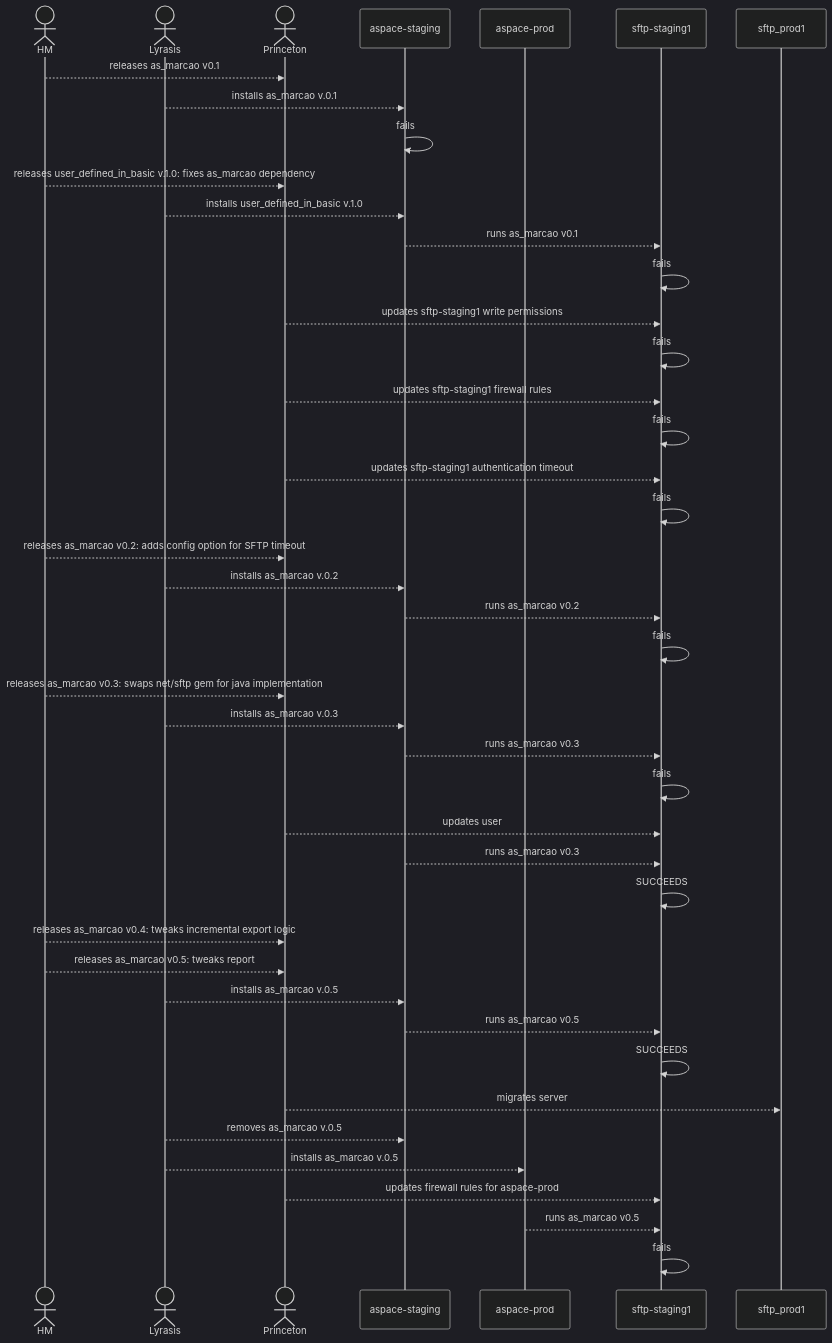
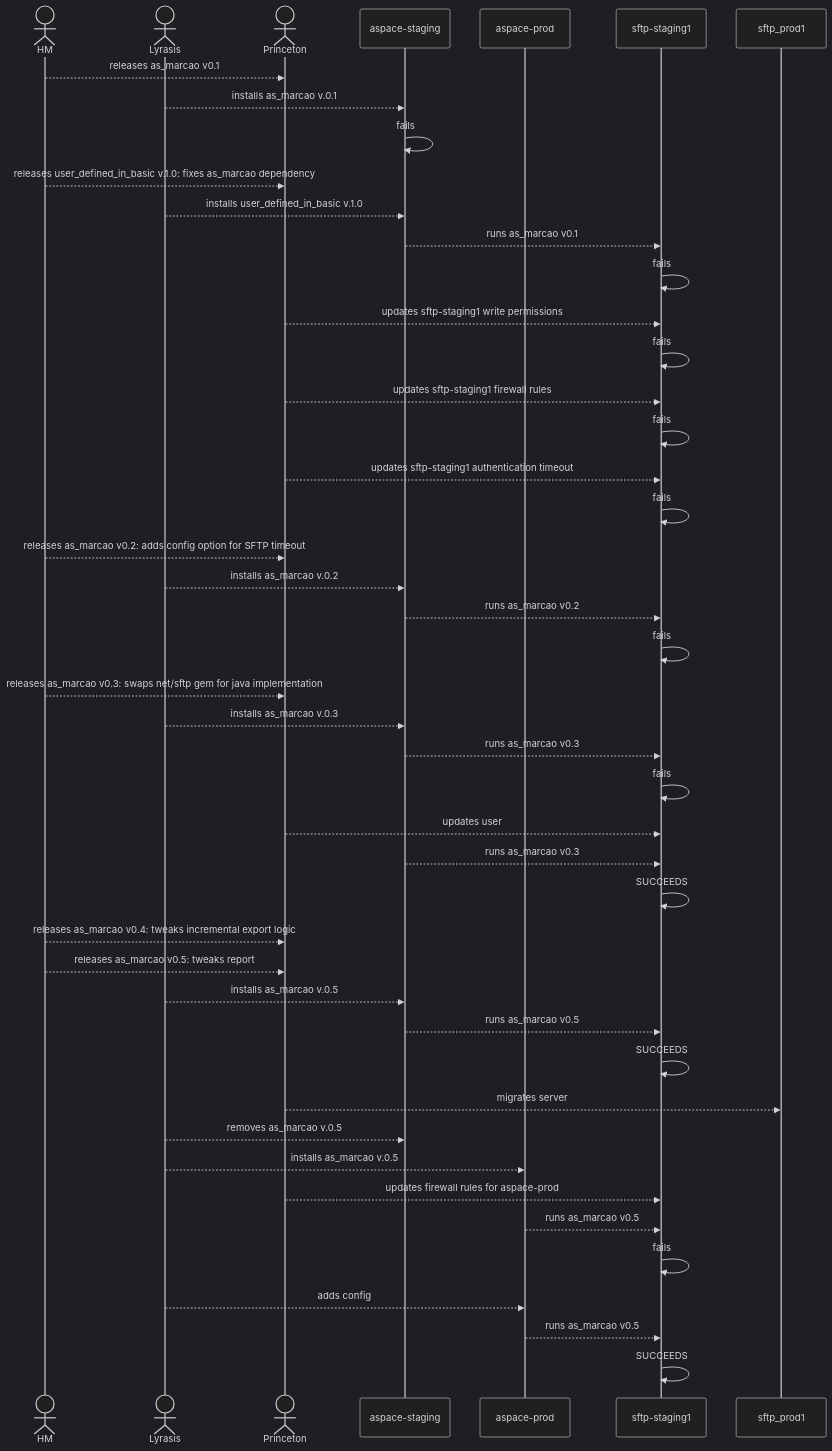
One commit to pulibrary/aspace_helpers changed the diagram in tools/as_marcao/test_as_marcao.mmd. Above: the diagram before and after it, drawn with Mermaid (dark theme).

Commit message:
Update test_as_marcao.mmd
add latest test

```diff
--- a/tools/as_marcao/test_as_marcao.mmd
+++ b/tools/as_marcao/test_as_marcao.mmd
@@ -1,44 +1,47 @@
 sequenceDiagram;
 actor HM
 actor Lyrasis
 actor Princeton
 participant aspace-staging 
 participant aspace-prod
 participant sftp-staging1
 participant sftp_prod1
 
 HM-->>Princeton:releases as_marcao v0.1
 Lyrasis-->>aspace-staging: installs as_marcao v.0.1
 aspace-staging->>aspace-staging:fails
 HM-->>Princeton: releases user_defined_in_basic v.1.0: fixes as_marcao dependency
 Lyrasis-->>aspace-staging: installs user_defined_in_basic v.1.0
 aspace-staging-->>sftp-staging1:runs as_marcao v0.1
 sftp-staging1->>sftp-staging1: fails
 Princeton-->>sftp-staging1: updates sftp-staging1 write permissions
 sftp-staging1->>sftp-staging1: fails
 Princeton-->>sftp-staging1: updates sftp-staging1 firewall rules
 sftp-staging1->>sftp-staging1: fails
 Princeton-->>sftp-staging1: updates sftp-staging1 authentication timeout
 sftp-staging1->>sftp-staging1: fails
 HM-->>Princeton:releases as_marcao v0.2: adds config option for SFTP timeout
 Lyrasis-->>aspace-staging: installs as_marcao v.0.2
 aspace-staging-->>sftp-staging1:runs as_marcao v0.2
 sftp-staging1->>sftp-staging1: fails
 HM-->>Princeton:releases as_marcao v0.3: swaps net/sftp gem for java implementation
 Lyrasis-->>aspace-staging: installs as_marcao v.0.3
 aspace-staging-->>sftp-staging1:runs as_marcao v0.3
 sftp-staging1->>sftp-staging1: fails
 Princeton-->>sftp-staging1: updates user
 aspace-staging-->>sftp-staging1:runs as_marcao v0.3
 sftp-staging1->>sftp-staging1: SUCCEEDS
 HM-->>Princeton:releases as_marcao v0.4: tweaks incremental export logic
 HM-->>Princeton:releases as_marcao v0.5: tweaks report
 Lyrasis-->>aspace-staging: installs as_marcao v.0.5
 aspace-staging-->>sftp-staging1:runs as_marcao v0.5
 sftp-staging1->>sftp-staging1: SUCCEEDS
 Princeton-->>sftp_prod1: migrates server
 Lyrasis-->>aspace-staging: removes as_marcao v.0.5
 Lyrasis-->>aspace-prod: installs as_marcao v.0.5
 Princeton-->>sftp-staging1: updates firewall rules for aspace-prod
 aspace-prod-->>sftp-staging1:runs as_marcao v0.5
 sftp-staging1->>sftp-staging1: fails
+Lyrasis-->>aspace-prod: adds config
+aspace-prod-->>sftp-staging1:runs as_marcao v0.5
+sftp-staging1->>sftp-staging1: SUCCEEDS
```
